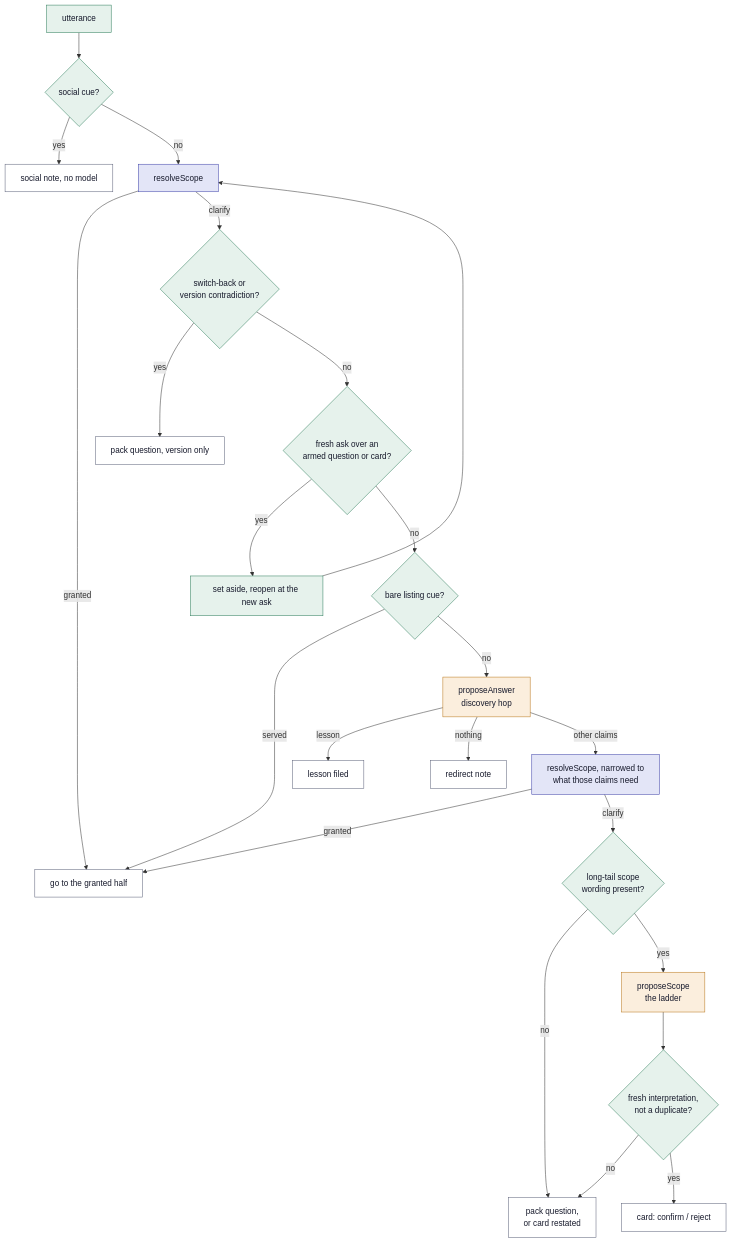
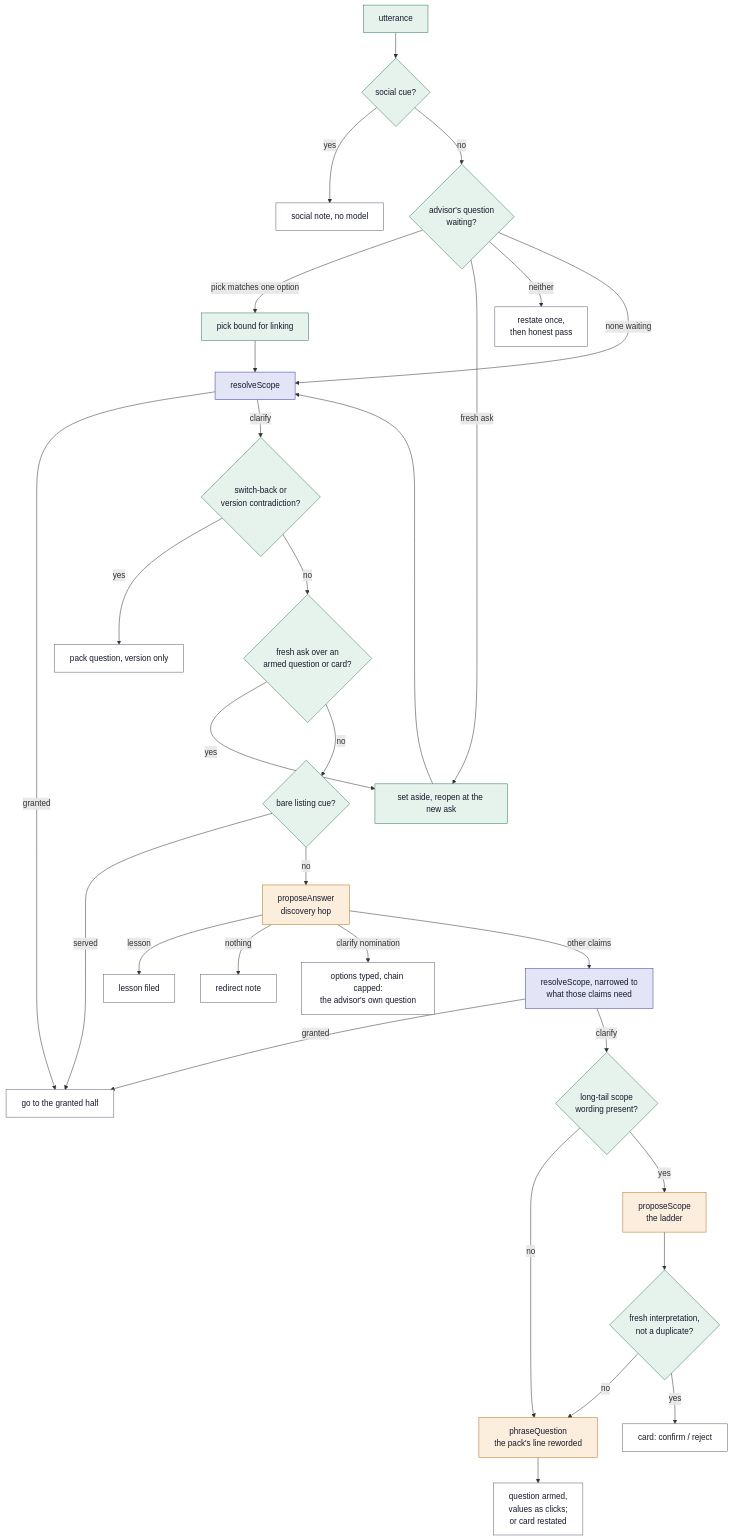
Before and after one commit to TwoCoastLabs/regulated-pokemon: the second of 4 diagrams in docs/session-flow.md, drawn with Mermaid. The commit also changed other lines of this file and 25 other files, not shown here.

````diff
--- a/docs/session-flow.md
+++ b/docs/session-flow.md
@@ -85,29 +94,34 @@
 ```mermaid
 flowchart TD
     classDef det fill:#e6f2ec,stroke:#2e7d5b,color:#16192b
     classDef model fill:#fbeedd,stroke:#b8761a,color:#16192b
     classDef kernel fill:#e3e5f7,stroke:#3b3fa8,color:#16192b
     classDef out fill:#ffffff,stroke:#5b6078,color:#16192b
 
     U[utterance]:::det --> S{social cue?}:::det
     S -- yes --> S1[social note, no model]:::out
-    S -- no --> R[resolveScope]:::kernel
+    S -- no --> PK{advisor's question<br/>waiting?}:::det
+    PK -- pick matches one option --> PB[pick bound for linking]:::det --> R[resolveScope]:::kernel
+    PK -- fresh ask --> C3
+    PK -- neither --> PR[restate once,<br/>then honest pass]:::out
+    PK -- none waiting --> R
     R -- granted --> G[go to the granted half]:::out
     R -- clarify --> C1{switch-back or<br/>version contradiction?}:::det
     C1 -- yes --> Q1[pack question, version only]:::out
     C1 -- no --> C2{fresh ask over an<br/>armed question or card?}:::det
     C2 -- yes --> C3[set aside, reopen at the new ask]:::det --> R
     C2 -- no --> C4{bare listing cue?}:::det
     C4 -- served --> G
     C4 -- no --> M1[proposeAnswer<br/>discovery hop]:::model
     M1 -- lesson --> T1[lesson filed]:::out
     M1 -- nothing --> T2[redirect note]:::out
+    M1 -- clarify nomination --> CL[options typed, chain capped:<br/>the advisor's own question]:::out
     M1 -- other claims --> R2[resolveScope, narrowed to<br/>what those claims need]:::kernel
     R2 -- granted --> G
     R2 -- clarify --> L{long-tail scope<br/>wording present?}:::det
-    L -- no --> Q2[pack question,<br/>or card restated]:::out
+    L -- no --> M6[phraseQuestion<br/>the pack's line reworded]:::model --> Q2[question armed,<br/>values as clicks;<br/>or card restated]:::out
     L -- yes --> M2[proposeScope<br/>the ladder]:::model
     M2 --> LG{fresh interpretation,<br/>not a duplicate?}:::det
-    LG -- no --> Q2
+    LG -- no --> M6
     LG -- yes --> CARD[card: confirm / reject]:::out
 ```
````
